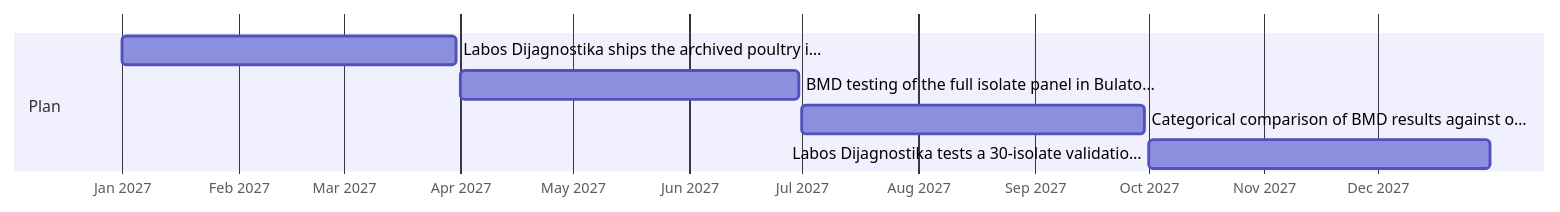
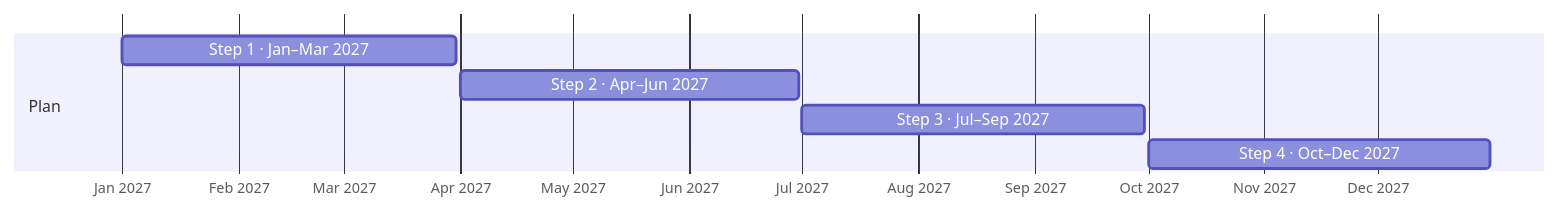
Before and after one commit to JannetEkka/spona: the second of 3 diagrams in runs/2026-10-31-full/proposals/02-C085-R0056.md, drawn with Mermaid. The commit also changed other lines of this file and 9 other files, not shown here.

First line of the commit message:
Proposal diagrams: complete labels instead of cut-off titles

````diff
--- a/runs/2026-10-31-full/proposals/02-C085-R0056.md
+++ b/runs/2026-10-31-full/proposals/02-C085-R0056.md
@@ -54,11 +54,11 @@
 ```mermaid
 gantt
     dateFormat YYYY-MM-DD
     axisFormat %b %Y
     todayMarker off
     section Plan
-    Labos Dijagnostika ships the archived poultry i… : p1, 2027-01-01, 2027-03-31
-    BMD testing of the full isolate panel in Bulato… : p2, 2027-04-01, 2027-06-30
-    Categorical comparison of BMD results against o… : p3, 2027-07-01, 2027-09-30
-    Labos Dijagnostika tests a 30-isolate validatio… : p4, 2027-10-01, 2027-12-31
+    Step 1 · Jan–Mar 2027 : p1, 2027-01-01, 2027-03-31
+    Step 2 · Apr–Jun 2027 : p2, 2027-04-01, 2027-06-30
+    Step 3 · Jul–Sep 2027 : p3, 2027-07-01, 2027-09-30
+    Step 4 · Oct–Dec 2027 : p4, 2027-10-01, 2027-12-31
 ```
````
